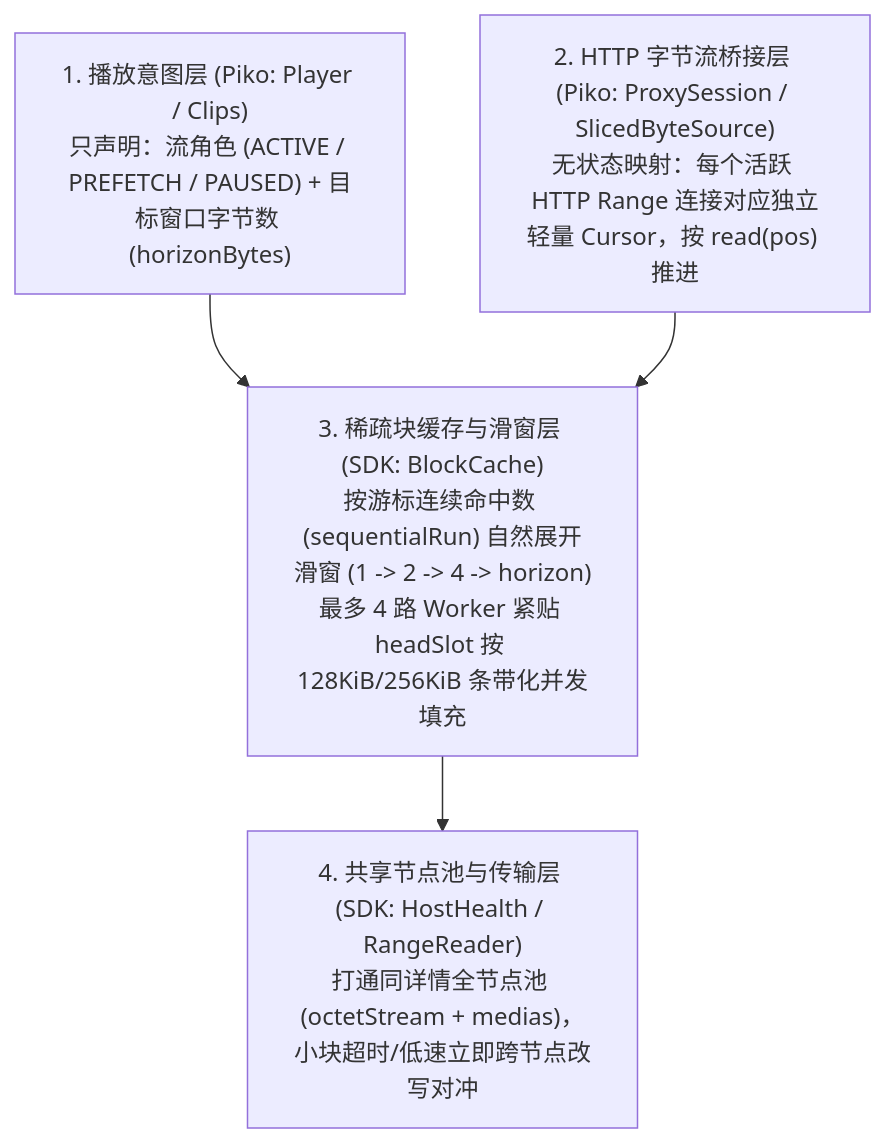
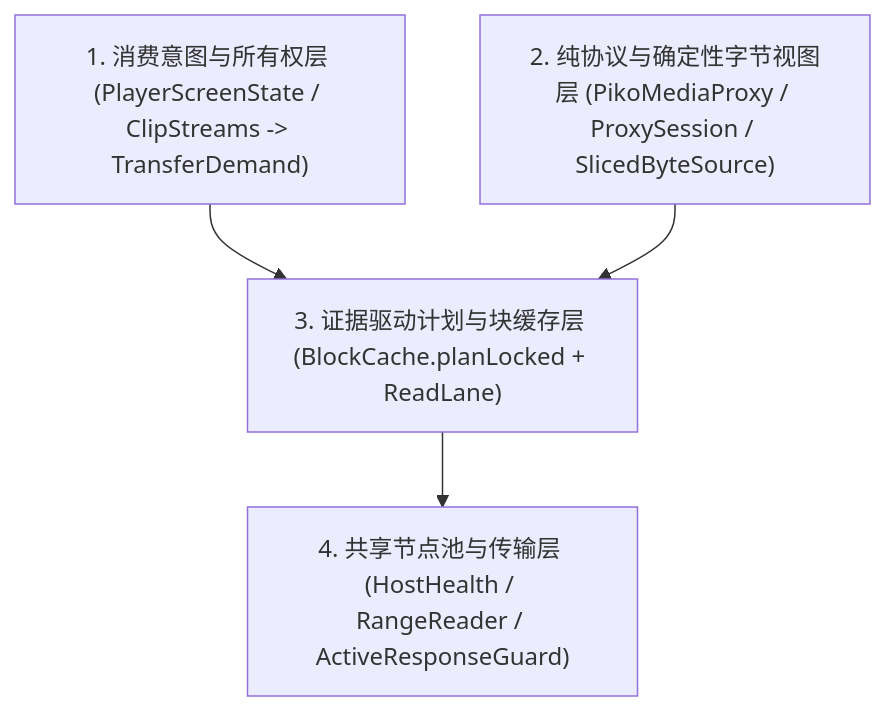
One commit to NihilDigit/piko changed the diagram in docs/development/cdn-streaming-architecture.md. Above: the diagram before and after it, drawn with Mermaid. The commit also changed other lines of this file and 19 other files, not shown here.

Commit message:
refactor(media,clips): converge playback intent snapshots, loopback tickets, and deterministic TS slicing

````diff
--- a/docs/development/cdn-streaming-architecture.md
+++ b/docs/development/cdn-streaming-architecture.md
@@ -121,11 +121,11 @@
 ```mermaid
 flowchart TD
-    L1["1. 播放意图层 (Piko: Player / Clips)<br/>只声明：流角色 (ACTIVE / PREFETCH / PAUSED) + 目标窗口字节数 (horizonBytes)"]
-    L2["2. HTTP 字节流桥接层 (Piko: ProxySession / SlicedByteSource)<br/>无状态映射：每个活跃 HTTP Range 连接对应独立轻量 Cursor，按 read(pos) 推进"]
-    L3["3. 稀疏块缓存与滑窗层 (SDK: BlockCache)<br/>按游标连续命中数 (sequentialRun) 自然展开滑窗 (1 -> 2 -> 4 -> horizon)<br/>最多 4 路 Worker 紧贴 headSlot 按 128KiB/256KiB 条带化并发填充"]
-    L4["4. 共享节点池与传输层 (SDK: HostHealth / RangeReader)<br/>打通同详情全节点池 (octetStream + medias)，小块超时/低速立即跨节点改写对冲"]
+    L1["1. 消费意图与所有权层 (PlayerScreenState / ClipStreams -> TransferDemand)"]
+    L2["2. 纯协议与确定性字节视图层 (PikoMediaProxy / ProxySession / SlicedByteSource)"]
+    L3["3. 证据驱动计划与块缓存层 (BlockCache.planLocked + ReadLane)"]
+    L4["4. 共享节点池与传输层 (HostHealth / RangeReader / ActiveResponseGuard)"]
 
     L1 --> L3
     L2 --> L3
     L3 --> L4
 ```
````
